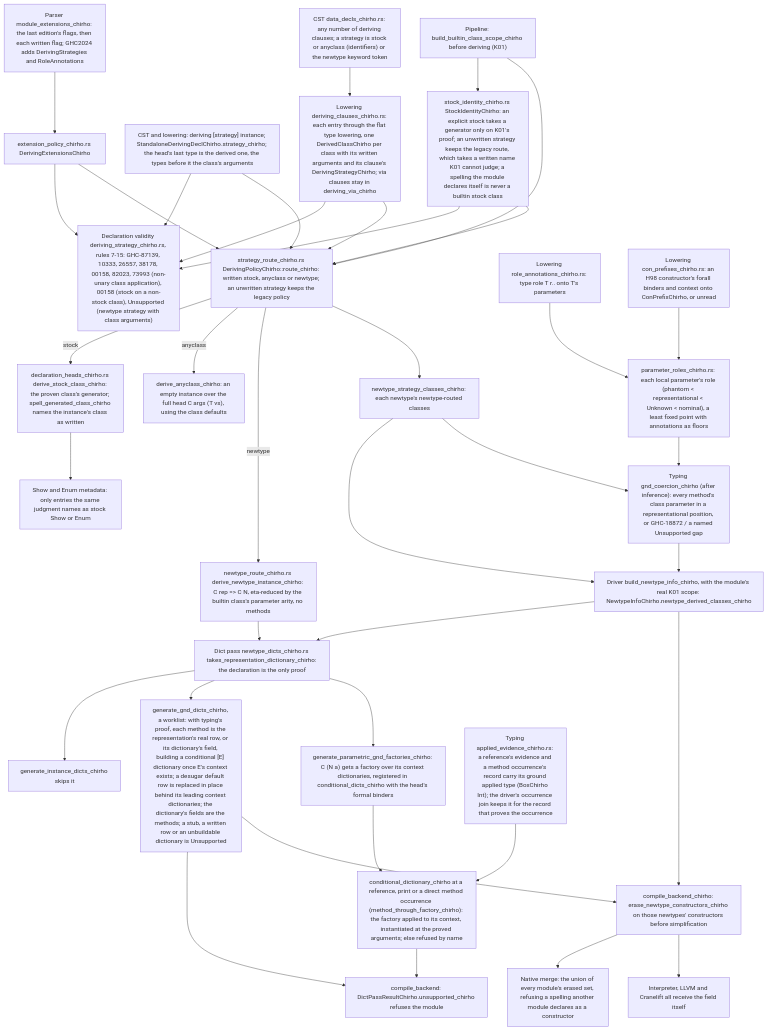
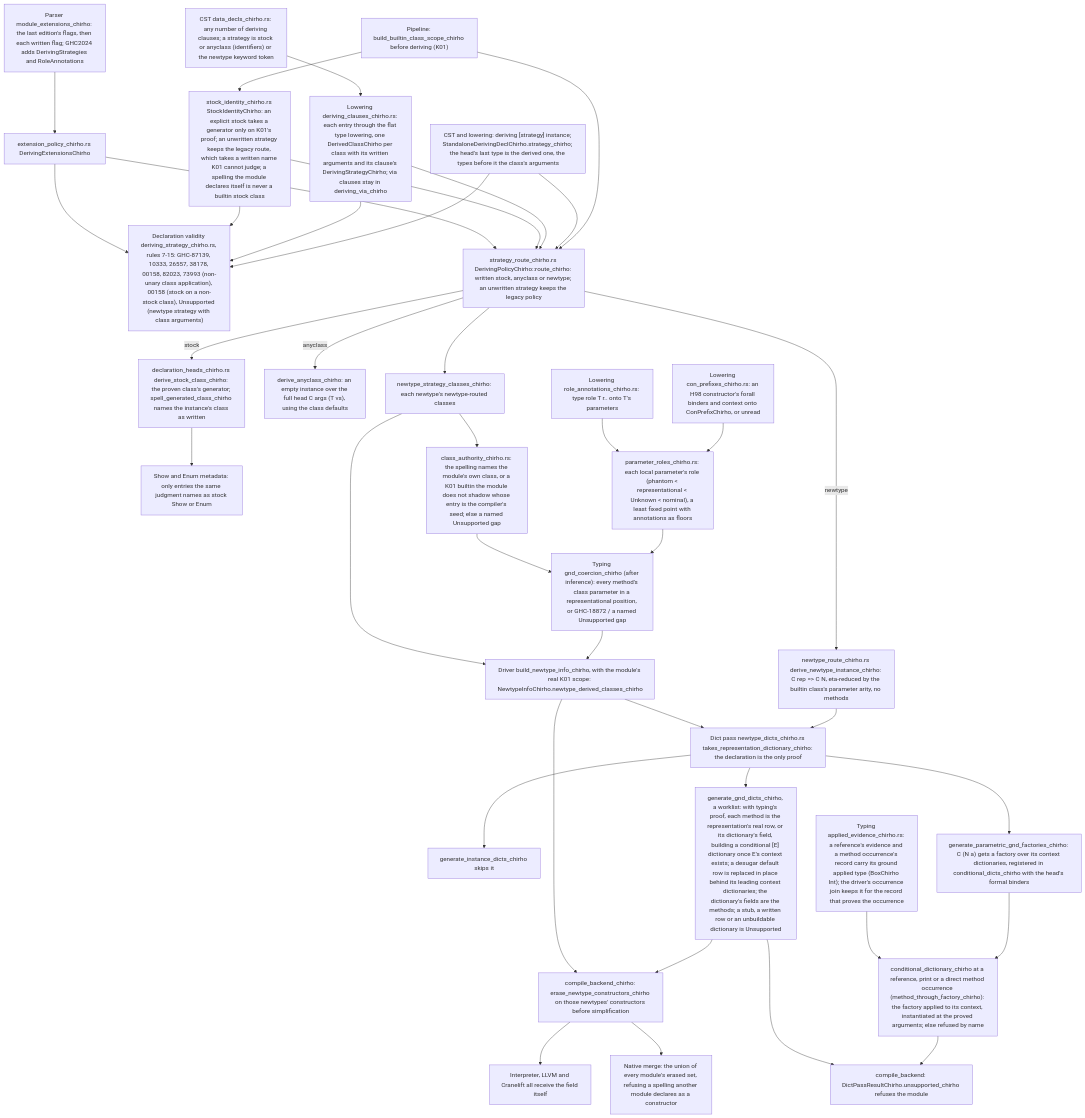
Before and after one commit to loveJesus/haskelujah-chirho: the diagram in spec-chirho/workflows-chirho/compiler-pipeline-chirho/deriving-strategies-chirho.md, drawn with Mermaid. The commit also changed other lines of this file and 4 other files, not shown here.

````diff
--- a/spec-chirho/workflows-chirho/compiler-pipeline-chirho/deriving-strategies-chirho.md
+++ b/spec-chirho/workflows-chirho/compiler-pipeline-chirho/deriving-strategies-chirho.md
@@ -12,41 +12,42 @@
 ```mermaid
 flowchart TD
     cst_chirho["CST data_decls_chirho.rs: any number of deriving clauses; a strategy is stock or anyclass (identifiers) or the newtype keyword token"]
     cst_chirho --> lower_chirho["Lowering deriving_clauses_chirho.rs: each entry through the flat type lowering, one DerivedClassChirho per class with its written arguments and its clause's DerivingStrategyChirho; via clauses stay in deriving_via_chirho"]
     standalone_chirho["CST and lowering: deriving [strategy] instance; StandaloneDerivingDeclChirho.strategy_chirho; the head's last type is the derived one, the types before it the class's arguments"]
     pragmas_chirho["Parser module_extensions_chirho: the last edition's flags, then each written flag; GHC2024 adds DerivingStrategies and RoleAnnotations"] --> policy_chirho["extension_policy_chirho.rs DerivingExtensionsChirho"]
     policy_chirho --> validity_chirho
     policy_chirho --> route_chirho
     scope_chirho --> identity_chirho["stock_identity_chirho.rs StockIdentityChirho: an explicit stock takes a generator only on K01's proof; an unwritten strategy keeps the legacy route, which takes a written name K01 cannot judge; a spelling the module declares itself is never a builtin stock class"]
     identity_chirho --> validity_chirho
     identity_chirho --> route_chirho
     lower_chirho --> validity_chirho["Declaration validity deriving_strategy_chirho.rs, rules 7-15: GHC-87139, 10333, 26557, 38178, 00158, 82023, 73993 (non-unary class application), 00158 (stock on a non-stock class), Unsupported (newtype strategy with class arguments)"]
     standalone_chirho --> validity_chirho
     lower_chirho --> route_chirho["strategy_route_chirho.rs DerivingPolicyChirho::route_chirho: written stock, anyclass or newtype; an unwritten strategy keeps the legacy policy"]
     standalone_chirho --> route_chirho
     scope_chirho["Pipeline: build_builtin_class_scope_chirho before deriving (K01)"] --> route_chirho
     route_chirho -->|stock| stock_chirho["declaration_heads_chirho.rs derive_stock_class_chirho: the proven class's generator; spell_generated_class_chirho names the instance's class as written"]
     route_chirho -->|anyclass| empty_chirho["derive_anyclass_chirho: an empty instance over the full head C args (T vs), using the class defaults"]
     route_chirho -->|newtype| gnd_chirho["newtype_route_chirho.rs derive_newtype_instance_chirho: C rep => C N, eta-reduced by the builtin class's parameter arity, no methods"]
     route_chirho --> inventory_chirho["newtype_strategy_classes_chirho: each newtype's newtype-routed classes"]
     stock_chirho --> metadata_chirho["Show and Enum metadata: only entries the same judgment names as stock Show or Enum"]
     inventory_chirho --> info_chirho["Driver build_newtype_info_chirho, with the module's real K01 scope: NewtypeInfoChirho.newtype_derived_classes_chirho"]
     roles_annotation_chirho["Lowering role_annotations_chirho.rs: type role T r.. onto T's parameters"] --> roles_chirho["parameter_roles_chirho.rs: each local parameter's role (phantom < representational < Unknown < nominal), a least fixed point with annotations as floors"]
     prefix_lower_chirho["Lowering con_prefixes_chirho.rs: an H98 constructor's forall binders and context onto ConPrefixChirho, or unread"] --> roles_chirho
-    inventory_chirho --> proof_chirho["Typing gnd_coercion_chirho (after inference): every method's class parameter in a representational position, or GHC-18872 / a named Unsupported gap"]
+    inventory_chirho --> authority_chirho["class_authority_chirho.rs: the spelling names the module's own class, or a K01 builtin the module does not shadow whose entry is the compiler's seed; else a named Unsupported gap"]
+    authority_chirho --> proof_chirho["Typing gnd_coercion_chirho (after inference): every method's class parameter in a representational position, or GHC-18872 / a named Unsupported gap"]
     roles_chirho --> proof_chirho
     proof_chirho --> info_chirho
     info_chirho --> eligible_chirho["Dict pass newtype_dicts_chirho.rs takes_representation_dictionary_chirho: the declaration is the only proof"]
     gnd_chirho --> eligible_chirho
     eligible_chirho --> ground_skip_chirho["generate_instance_dicts_chirho skips it"]
     eligible_chirho --> alias_chirho["generate_gnd_dicts_chirho, a worklist: with typing's proof, each method is the representation's real row, or its dictionary's field, building a conditional [E] dictionary once E's context exists; a desugar default row is replaced in place behind its leading context dictionaries; the dictionary's fields are the methods; a stub, a written row or an unbuildable dictionary is Unsupported"]
     alias_chirho --> refuse_chirho["compile_backend: DictPassResultChirho.unsupported_chirho refuses the module"]
     eligible_chirho --> parametric_chirho["generate_parametric_gnd_factories_chirho: C (N a) gets a factory over its context dictionaries, registered in conditional_dicts_chirho with the head's formal binders"]
     evidence_chirho["Typing applied_evidence_chirho.rs: a reference's evidence and a method occurrence's record carry its ground applied type (BoxChirho Int); the driver's occurrence join keeps it for the record that proves the occurrence"] --> use_chirho
     parametric_chirho --> use_chirho["conditional_dictionary_chirho at a reference, print or a direct method occurrence (method_through_factory_chirho): the factory applied to its context, instantiated at the proved arguments; else refused by name"]
     use_chirho --> refuse_chirho
     info_chirho --> erase_chirho["compile_backend_chirho: erase_newtype_constructors_chirho on those newtypes' constructors before simplification"]
     erase_chirho --> merge_chirho["Native merge: the union of every module's erased set, refusing a spelling another module declares as a constructor"]
     alias_chirho --> erase_chirho
     erase_chirho --> backends_chirho["Interpreter, LLVM and Cranelift all receive the field itself"]
 ```
````
